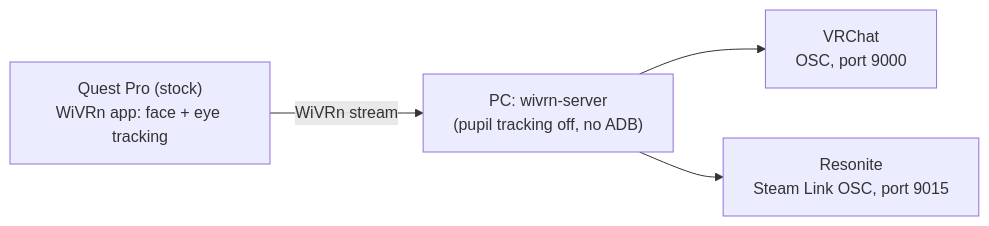
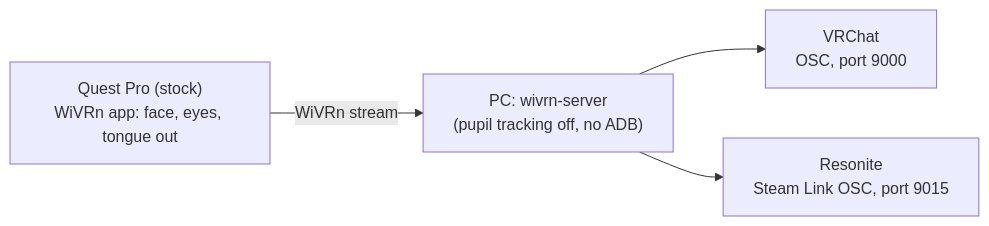
Before and after one commit to Seventh-Void/WiVRn-QPro-OSC: the second of 2 diagrams in README.md, drawn with Mermaid. The commit also changed other lines of this file, not shown here.

First line of the commit message:
README: stock Quest Pro has tongue out; only advanced tongue tracking needs BoltOn

````diff
--- a/README.md
+++ b/README.md
@@ -74,10 +74,10 @@
 ```mermaid
 flowchart LR
-    Headset["Quest Pro (stock)<br/>WiVRn app: face + eye tracking"]
+    Headset["Quest Pro (stock)<br/>WiVRn app: face, eyes, tongue out"]
     Server["PC: wivrn-server<br/>(pupil tracking off, no ADB)"]
     VRChat["VRChat<br/>OSC, port 9000"]
     Resonite["Resonite<br/>Steam Link OSC, port 9015"]
     Headset -- "WiVRn stream" --> Server
     Server --> VRChat
     Server --> Resonite
 ```
````
